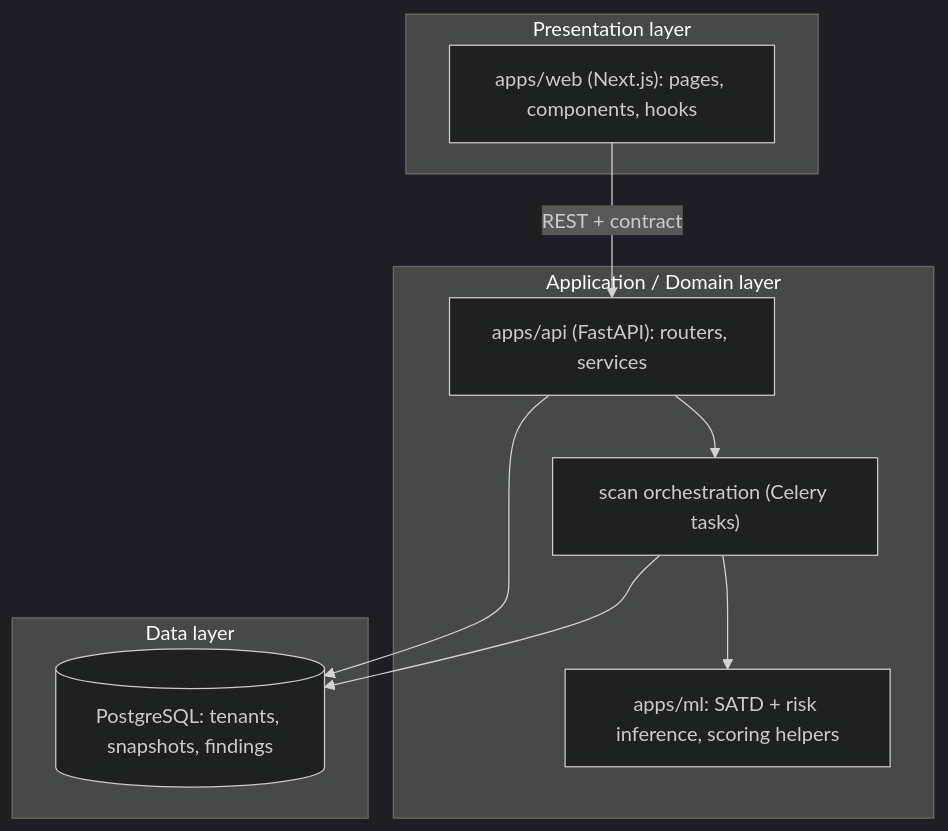
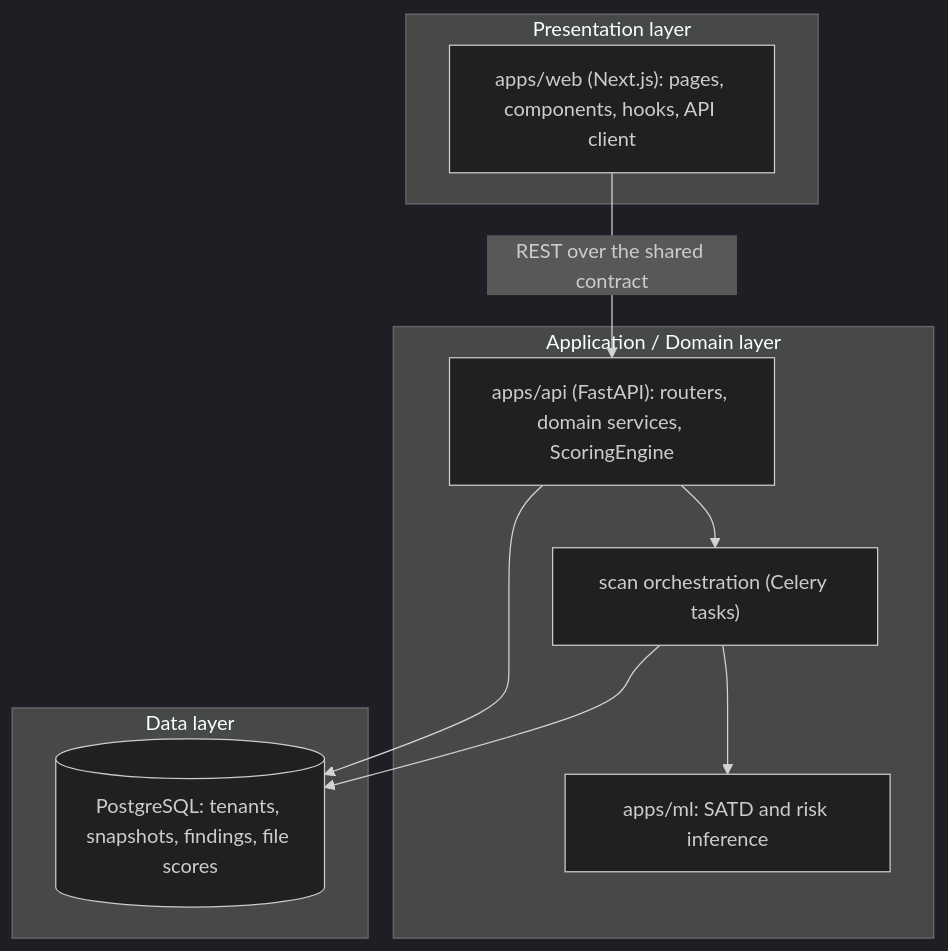
Before and after one commit to JPabasara/CodeSage-AI: the eighth of 9 diagrams in docs/Deliverables/Software_Architecture_Document.md, drawn with Mermaid (dark theme). The commit also changed other lines of this file, not shown here.

````diff
--- a/docs/Deliverables/Software_Architecture_Document.md
+++ b/docs/Deliverables/Software_Architecture_Document.md
@@ -418,18 +511,18 @@
 ```mermaid
 flowchart TB
     subgraph P["Presentation layer"]
-        WEB["apps/web (Next.js): pages, components, hooks"]
+        WEB["apps/web (Next.js): pages, components, hooks, API client"]
     end
     subgraph A["Application / Domain layer"]
-        APIA["apps/api (FastAPI): routers, services"]
+        APIA["apps/api (FastAPI): routers, domain services, ScoringEngine"]
         WK["scan orchestration (Celery tasks)"]
-        MLA["apps/ml: SATD + risk inference, scoring helpers"]
+        MLA["apps/ml: SATD and risk inference"]
     end
     subgraph D["Data layer"]
-        PG[("PostgreSQL: tenants, snapshots, findings")]
+        PG[("PostgreSQL: tenants, snapshots, findings, file scores")]
     end
-    WEB -->|REST + contract| APIA
+    WEB -->|REST over the shared contract| APIA
     APIA --> WK --> MLA
     APIA --> PG
     WK --> PG
 ```
````
